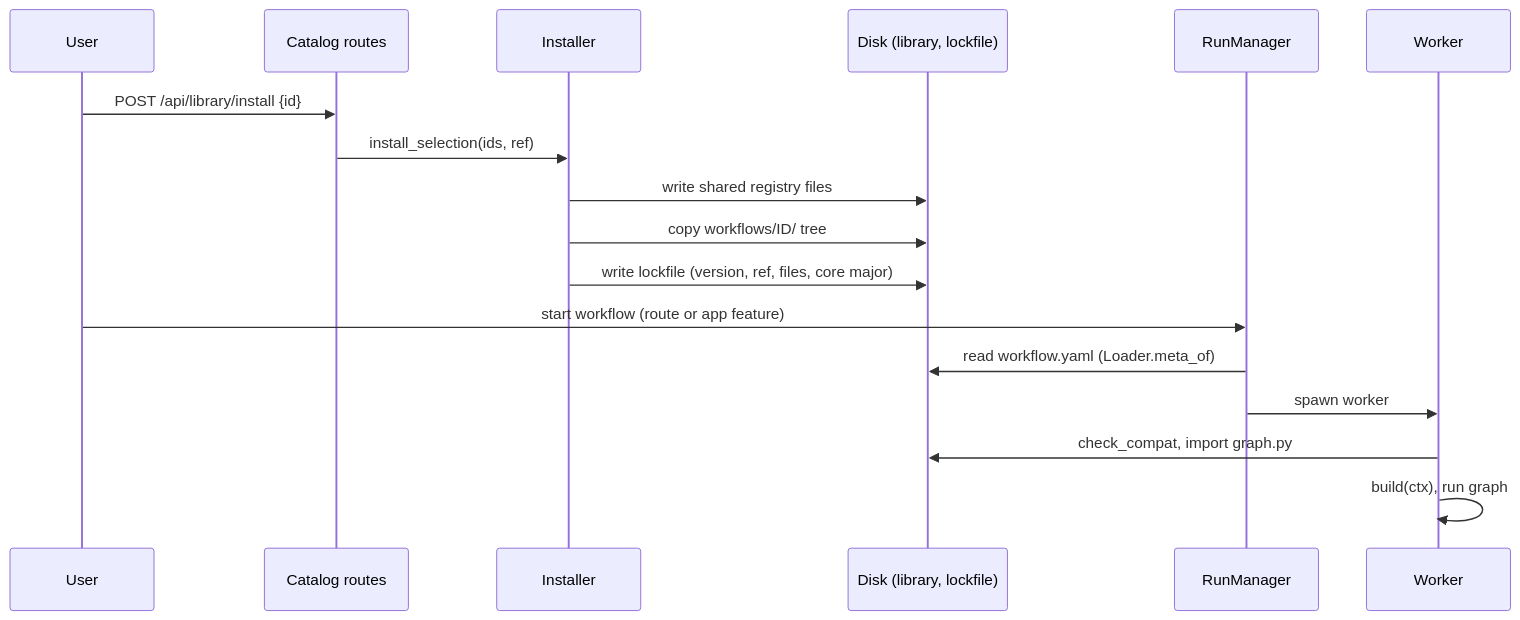
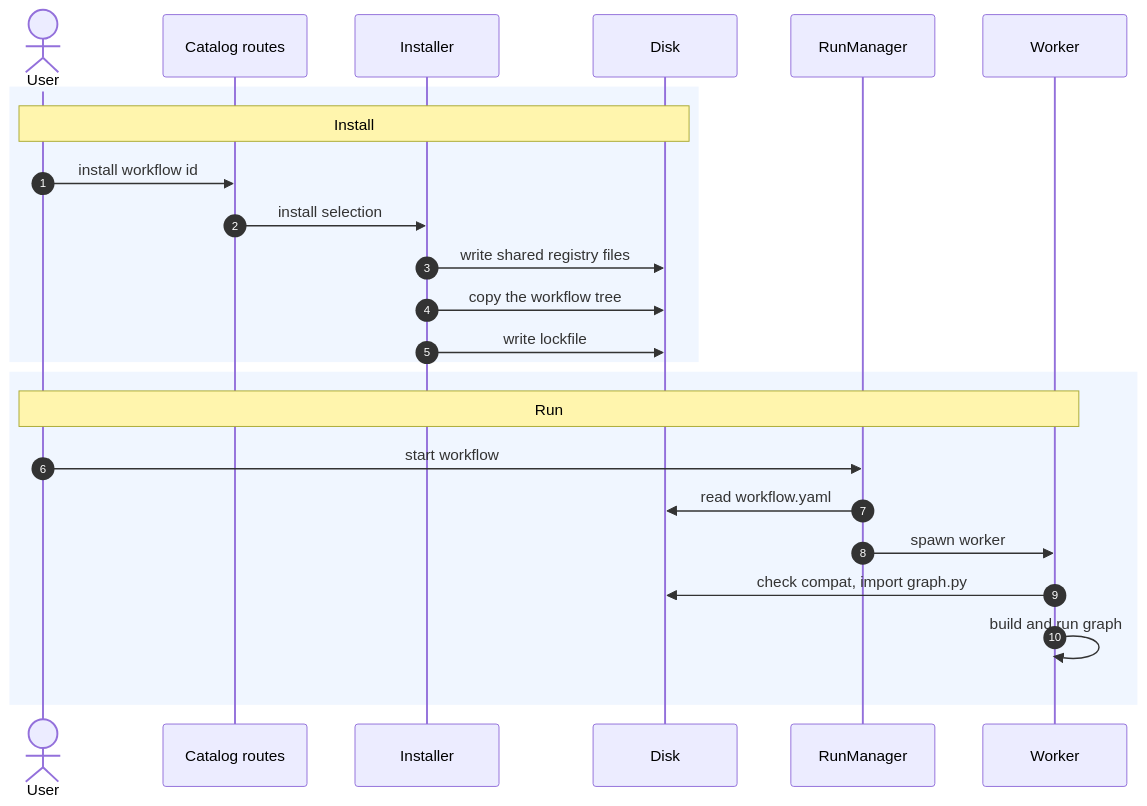
Before and after one commit to ram-020998/project-tracker: the fourth of 4 diagrams in genesis/architecture/modules/workflow-library.md, drawn with Mermaid. The commit also changed other lines of this file and 24 other files, not shown here.

First line of the commit message:
architecture: rewrite all 86 Mermaid diagrams to one C4 style, each render-checked

````diff
--- a/genesis/architecture/modules/workflow-library.md
+++ b/genesis/architecture/modules/workflow-library.md
@@ -373,19 +393,26 @@
 ```mermaid
 sequenceDiagram
-    participant U as User
+    autonumber
+    actor U as User
     participant API as Catalog routes
     participant I as Installer
-    participant D as Disk (library, lockfile)
+    participant D as Disk
     participant M as RunManager
     participant W as Worker
-    U->>API: POST /api/library/install {id}
-    API->>I: install_selection(ids, ref)
-    I->>D: write shared registry files
-    I->>D: copy workflows/ID/ tree
-    I->>D: write lockfile (version, ref, files, core major)
-    U->>M: start workflow (route or app feature)
-    M->>D: read workflow.yaml (Loader.meta_of)
-    M->>W: spawn worker
-    W->>D: check_compat, import graph.py
-    W->>W: build(ctx), run graph
+    rect rgb(240, 246, 255)
+        Note over U,D: Install
+        U->>API: install workflow id
+        API->>I: install selection
+        I->>D: write shared registry files
+        I->>D: copy the workflow tree
+        I->>D: write lockfile
+    end
+    rect rgb(240, 246, 255)
+        Note over U,W: Run
+        U->>M: start workflow
+        M->>D: read workflow.yaml
+        M->>W: spawn worker
+        W->>D: check compat, import graph.py
+        W->>W: build and run graph
+    end
 ```
````
